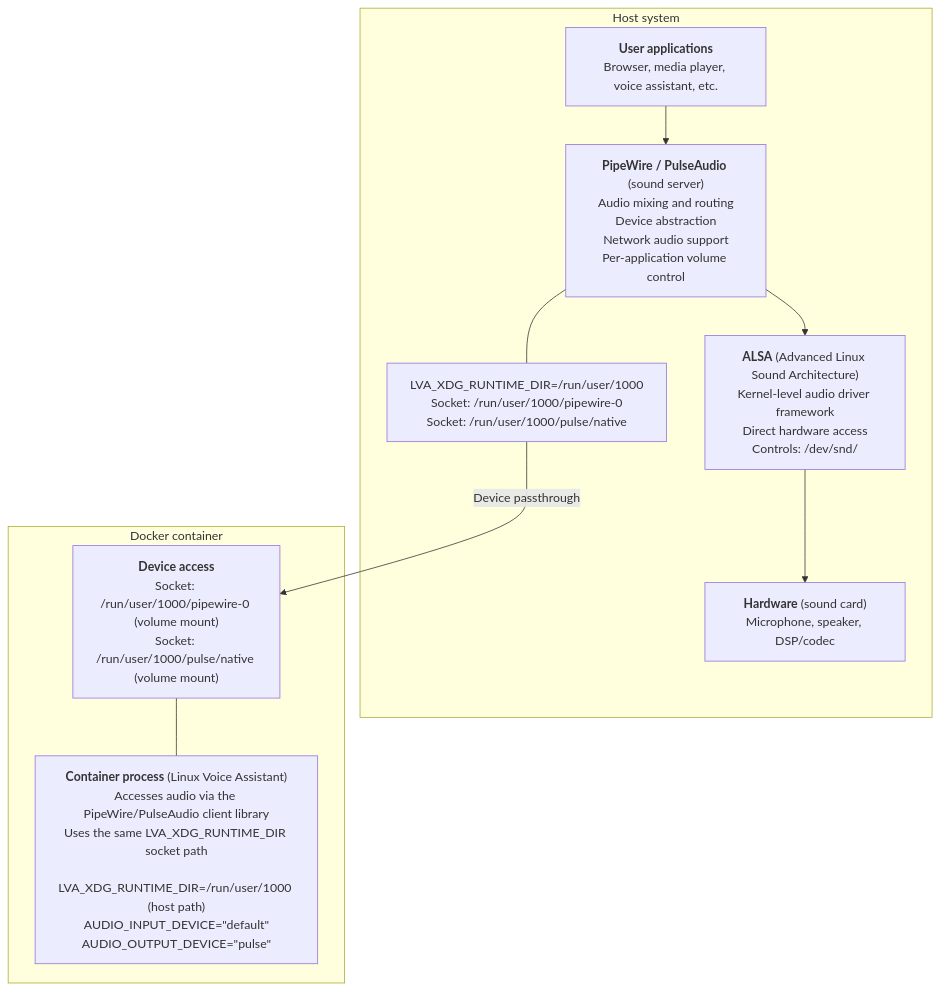
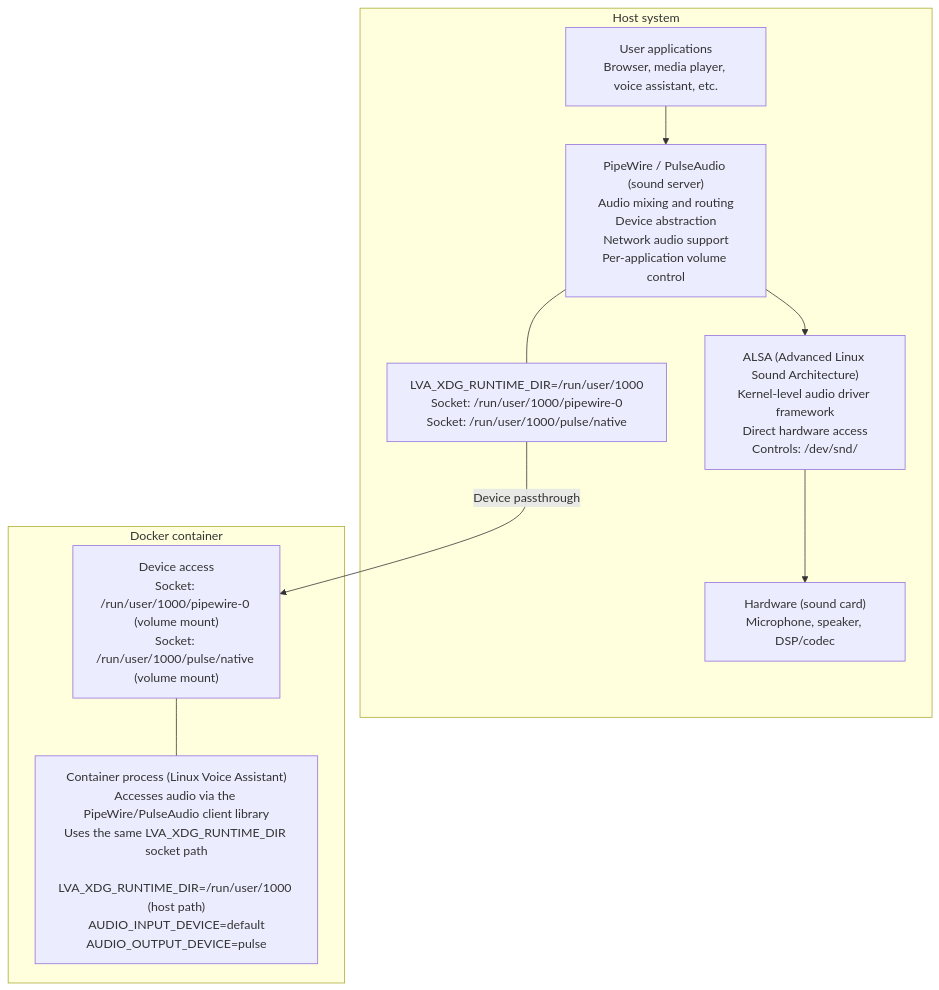
One commit to OHF-Voice/linux-voice-assistant changed the first of 2 diagrams in docs/debugging.md. Above: the diagram before and after it, drawn with Mermaid.

Commit message:
Simplify the Mermaid diagram in the debugging guide
Remove HTML entities and bold tags from the node labels.

````diff
--- a/docs/debugging.md
+++ b/docs/debugging.md
@@ -8,18 +8,18 @@
 ```mermaid
 flowchart TB
     subgraph host["Host system"]
-        apps["<b>User applications</b><br>Browser, media player, voice assistant, etc."]
-        sound["<b>PipeWire / PulseAudio</b> (sound server)<br>Audio mixing and routing<br>Device abstraction<br>Network audio support<br>Per-application volume control"]
-        alsa["<b>ALSA</b> (Advanced Linux Sound Architecture)<br>Kernel-level audio driver framework<br>Direct hardware access<br>Controls: /dev/snd/"]
-        hw["<b>Hardware</b> (sound card)<br>Microphone, speaker, DSP/codec"]
+        apps["User applications<br>Browser, media player, voice assistant, etc."]
+        sound["PipeWire / PulseAudio (sound server)<br>Audio mixing and routing<br>Device abstraction<br>Network audio support<br>Per-application volume control"]
+        alsa["ALSA (Advanced Linux Sound Architecture)<br>Kernel-level audio driver framework<br>Direct hardware access<br>Controls: /dev/snd/"]
+        hw["Hardware (sound card)<br>Microphone, speaker, DSP/codec"]
         sockets["LVA_XDG_RUNTIME_DIR=/run/user/1000<br>Socket: /run/user/1000/pipewire-0<br>Socket: /run/user/1000/pulse/native"]
         apps --> sound --> alsa --> hw
         sound --- sockets
     end
     subgraph container["Docker container"]
-        lva["<b>Container process</b> (Linux Voice Assistant)<br>Accesses audio via the PipeWire/PulseAudio client library<br>Uses the same LVA_XDG_RUNTIME_DIR socket path<br><br>LVA_XDG_RUNTIME_DIR=/run/user/1000 (host path)<br>AUDIO_INPUT_DEVICE=&quot;default&quot;<br>AUDIO_OUTPUT_DEVICE=&quot;pulse&quot;"]
-        mounts["<b>Device access</b><br>Socket: /run/user/1000/pipewire-0 (volume mount)<br>Socket: /run/user/1000/pulse/native (volume mount)"]
+        lva["Container process (Linux Voice Assistant)<br>Accesses audio via the PipeWire/PulseAudio client library<br>Uses the same LVA_XDG_RUNTIME_DIR socket path<br><br>LVA_XDG_RUNTIME_DIR=/run/user/1000 (host path)<br>AUDIO_INPUT_DEVICE=default<br>AUDIO_OUTPUT_DEVICE=pulse"]
+        mounts["Device access<br>Socket: /run/user/1000/pipewire-0 (volume mount)<br>Socket: /run/user/1000/pulse/native (volume mount)"]
         mounts --- lva
     end
     sockets -->|"Device passthrough"| mounts
 ```
````
